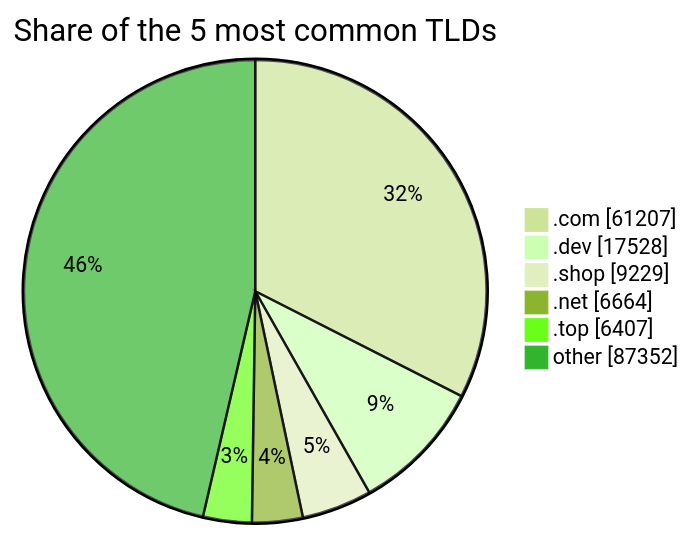
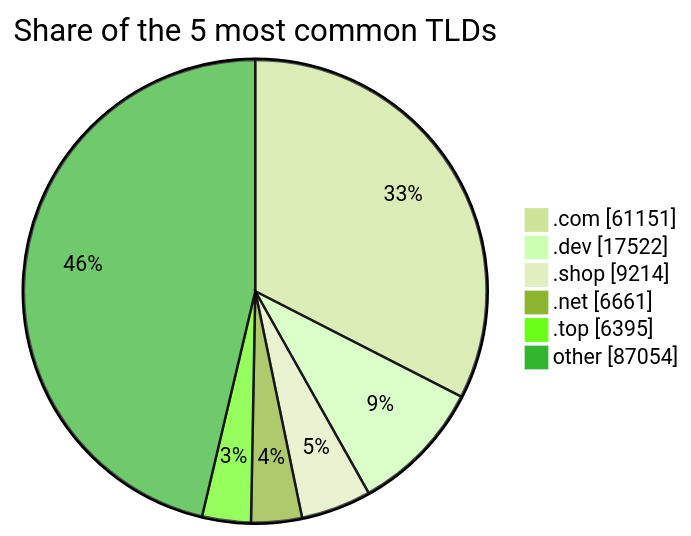
The third of 3 diagrams in README.md (DNSBunker/CTI), drawn with Mermaid (forest theme) before and after one commit. The commit also changed other lines of this file and 3 other files, not shown here.

````diff
--- a/README.md
+++ b/README.md
@@ -81,9 +81,9 @@
 ```mermaid
 pie showData title Share of the 5 most common TLDs
-    ".com" : 61207
-    ".dev" : 17528
-    ".shop" : 9229
-    ".net" : 6664
-    ".top" : 6407
-    "other" : 87352
+    ".com" : 61151
+    ".dev" : 17522
+    ".shop" : 9214
+    ".net" : 6661
+    ".top" : 6395
+    "other" : 87054
 ```
````
